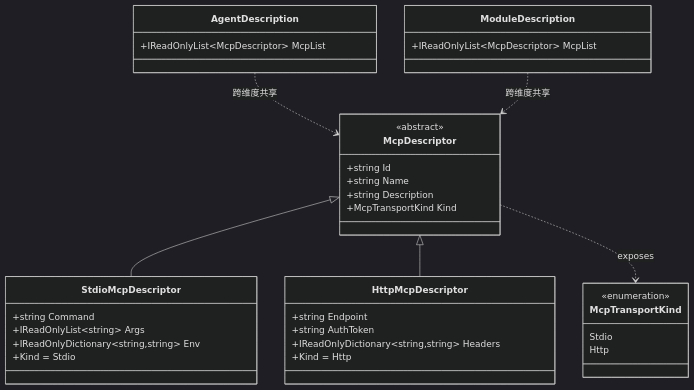
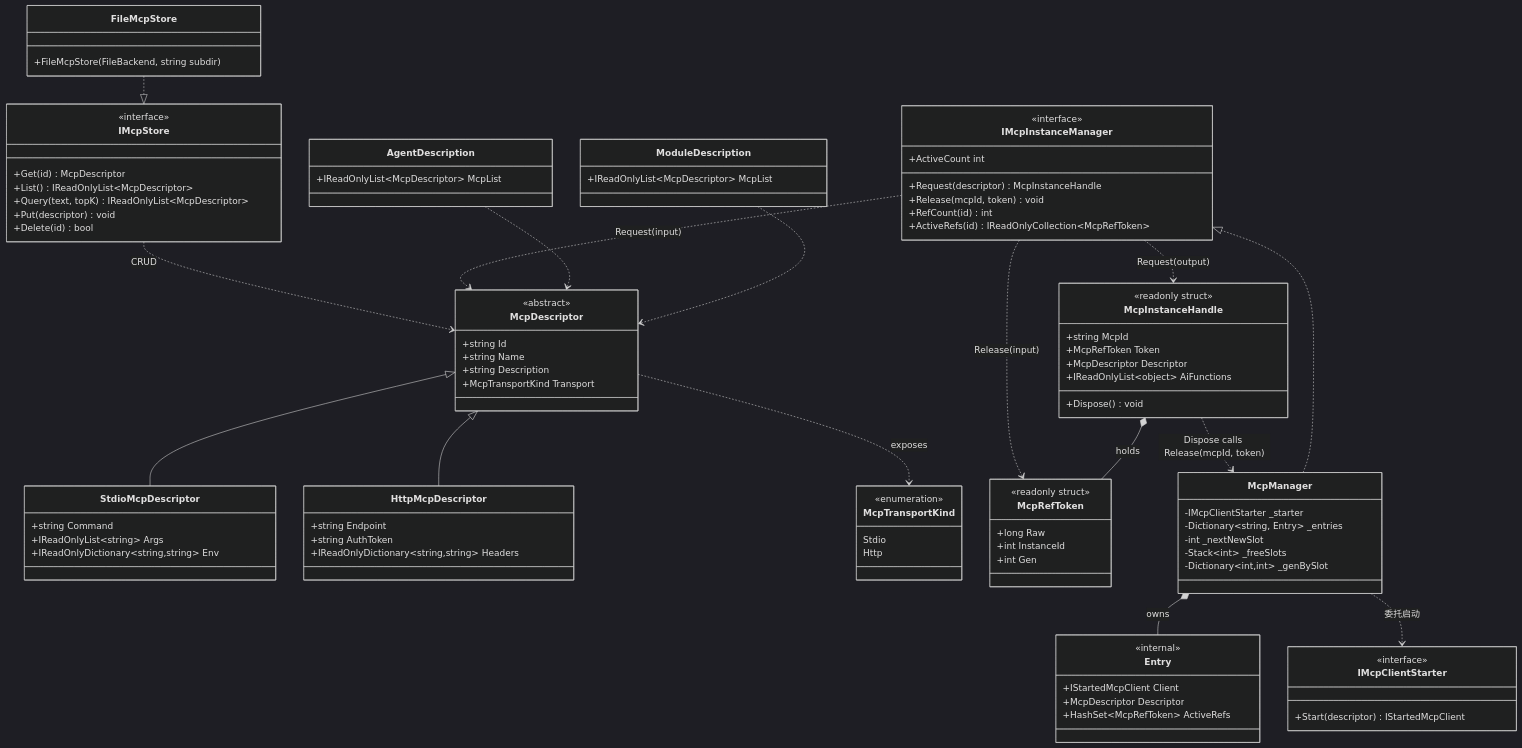
The diagram in v2/cbim/Assets/CBIM/Mcp/.dna/module.md (nan023062/agent-team-cc), drawn with Mermaid (dark theme) before and after one commit. The commit also changed other lines of this file and 83 other files, not shown here.

````diff
--- a/v2/cbim/Assets/CBIM/Mcp/.dna/module.md
+++ b/v2/cbim/Assets/CBIM/Mcp/.dna/module.md
@@ -59,21 +59,19 @@
         +string Id
         +string Name
         +string Description
-        +McpTransportKind Kind
+        +McpTransportKind Transport
     }
 
     class StdioMcpDescriptor {
         +string Command
         +IReadOnlyList~string~ Args
         +IReadOnlyDictionary~string,string~ Env
-        +Kind = Stdio
     }
 
     class HttpMcpDescriptor {
         +string Endpoint
         +string AuthToken
         +IReadOnlyDictionary~string,string~ Headers
-        +Kind = Http
     }
 
     class McpTransportKind {
@@ -82,9 +80,79 @@
         Http
     }
 
+    class IMcpStore {
+        <<interface>>
+        +Get(id) McpDescriptor
+        +List() IReadOnlyList~McpDescriptor~
+        +Query(text, topK) IReadOnlyList~McpDescriptor~
+        +Put(descriptor) void
+        +Delete(id) bool
+    }
+
+    class FileMcpStore {
+        +FileMcpStore(FileBackend, string subdir)
+    }
+
+    class IMcpInstanceManager {
+        <<interface>>
+        +Request(descriptor) McpInstanceHandle
+        +Release(mcpId, token) void
+        +ActiveCount int
+        +RefCount(id) int
+        +ActiveRefs(id) IReadOnlyCollection~McpRefToken~
+    }
+
+    class McpRefToken {
+        <<readonly struct>>
+        +long Raw
+        +int InstanceId
+        +int Gen
+    }
+
+    class McpInstanceHandle {
+        <<readonly struct>>
+        +string McpId
+        +McpRefToken Token
+        +McpDescriptor Descriptor
+        +IReadOnlyList~object~ AiFunctions
+        +Dispose() void
+    }
+
+    class McpManager {
+        -IMcpClientStarter _starter
+        -Dictionary~string, Entry~ _entries
+        -int _nextNewSlot
+        -Stack~int~ _freeSlots
+        -Dictionary~int,int~ _genBySlot
+    }
+
+    class Entry {
+        <<internal>>
+        +IStartedMcpClient Client
+        +McpDescriptor Descriptor
+        +HashSet~McpRefToken~ ActiveRefs
+    }
+
+    class IMcpClientStarter {
+        <<interface>>
+        +Start(descriptor) IStartedMcpClient
+    }
+
     McpDescriptor <|-- StdioMcpDescriptor
     McpDescriptor <|-- HttpMcpDescriptor
     McpDescriptor ..> McpTransportKind : exposes
+
+    IMcpStore ..> McpDescriptor : CRUD
+    FileMcpStore ..|> IMcpStore
+
+    IMcpInstanceManager ..> McpDescriptor : Request(input)
+    IMcpInstanceManager ..> McpInstanceHandle : Request(output)
+    IMcpInstanceManager ..> McpRefToken : Release(input)
+    McpManager ..|> IMcpInstanceManager
+    McpManager *-- Entry : owns
+    McpManager ..> IMcpClientStarter : 委托启动
+    McpInstanceHandle *-- McpRefToken : holds
+    McpInstanceHandle ..> McpManager : Dispose calls Release(mcpId, token)
 
     class AgentDescription {
         +IReadOnlyList~McpDescriptor~ McpList
@@ -93,6 +161,6 @@
         +IReadOnlyList~McpDescriptor~ McpList
     }
 
-    AgentDescription ..> McpDescriptor : 跨维度共享
-    ModuleDescription ..> McpDescriptor : 跨维度共享
+    AgentDescription ..> McpDescriptor
+    ModuleDescription ..> McpDescriptor
 ```
````
